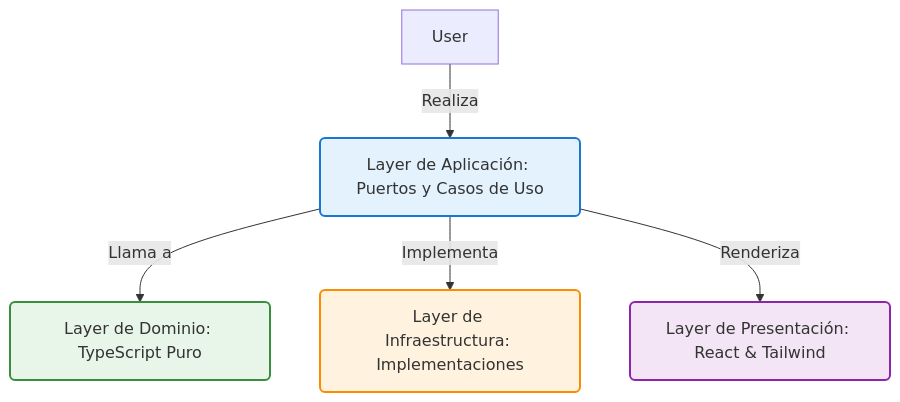
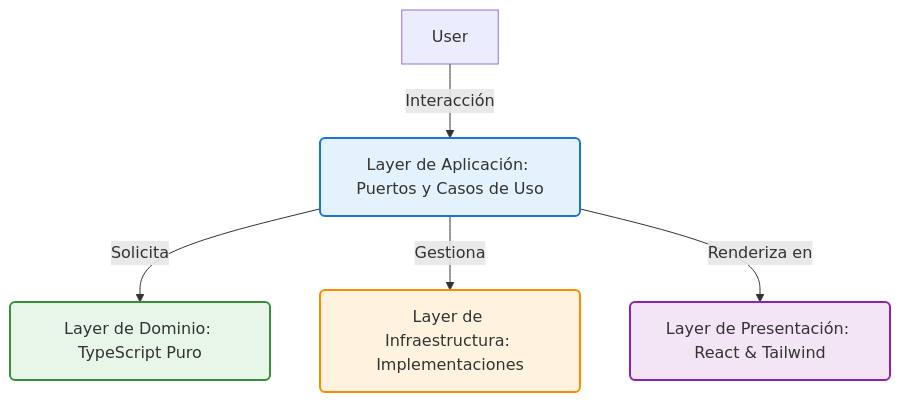
Before and after one commit to gabrielarinconn/PopCornCinemateca: the second of 2 diagrams in README.md, drawn with Mermaid. The commit also changed other lines of this file, not shown here.

````diff
--- a/README.md
+++ b/README.md
@@ -31,28 +31,28 @@
 ```mermaid
 flowchart TB
     %% === ARQUITECTURA DE LA APLICACIÓN ===
     classDef domain fill:#e8f5e9,stroke:#388e3c,stroke-width:2px,rx:5px,ry:5px
     classDef application fill:#e3f2fd,stroke:#1976d2,stroke-width:2px,rx:5px,ry:5px
     classDef infrastructure fill:#fff3e0,stroke:#fb8c00,stroke-width:2px,rx:5px,ry:5px
     classDef presentation fill:#f3e5f5,stroke:#8e24aa,stroke-width:2px,rx:5px,ry:5px
 
     %% Capa de Dominio
     DL[Layer de Dominio: TypeScript Puro]:::domain
 
     %% Capa de Aplicación
     AL[Layer de Aplicación: Puertos y Casos de Uso]:::application
 
     %% Capa de Infraestructura
     IL[Layer de Infraestructura: Implementaciones]:::infrastructure
 
     %% Capa de Presentación
     PL[Layer de Presentación: React & Tailwind]:::presentation
 
     %% Flujo de interacciones
-    User -->|Realiza| AL
-    AL -->|Llama a| DL
-    AL -->|Implementa| IL
-    AL -->|Renderiza| PL
+    User -->|Interacción| AL
+    AL -->|Solicita| DL
+    AL -->|Gestiona| IL
+    AL -->|Renderiza en| PL
 
-    classDef user fill:#e0f7fa,stroke:#00838f,stroke-width:2px,rx:5px,ry:5px;
+    classDef user fill:#e1f5fe,stroke:#039be5,stroke-width:2px,rx:5px,ry:5px;
 ```
````
